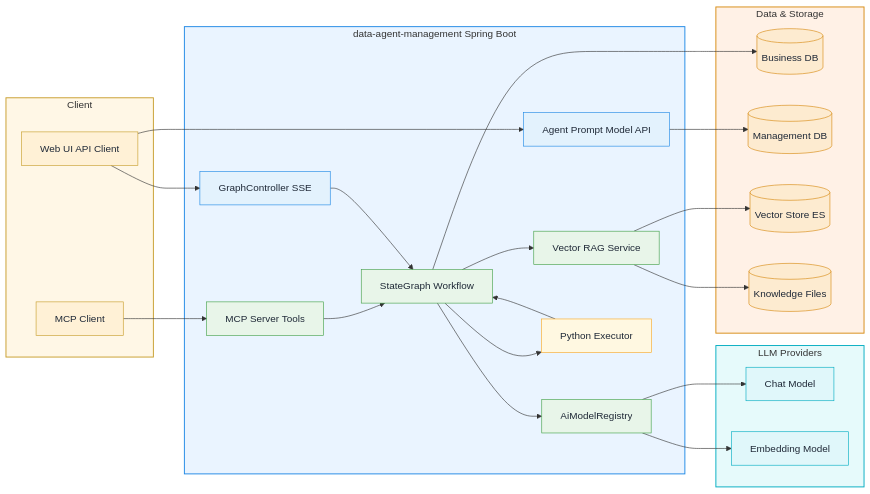
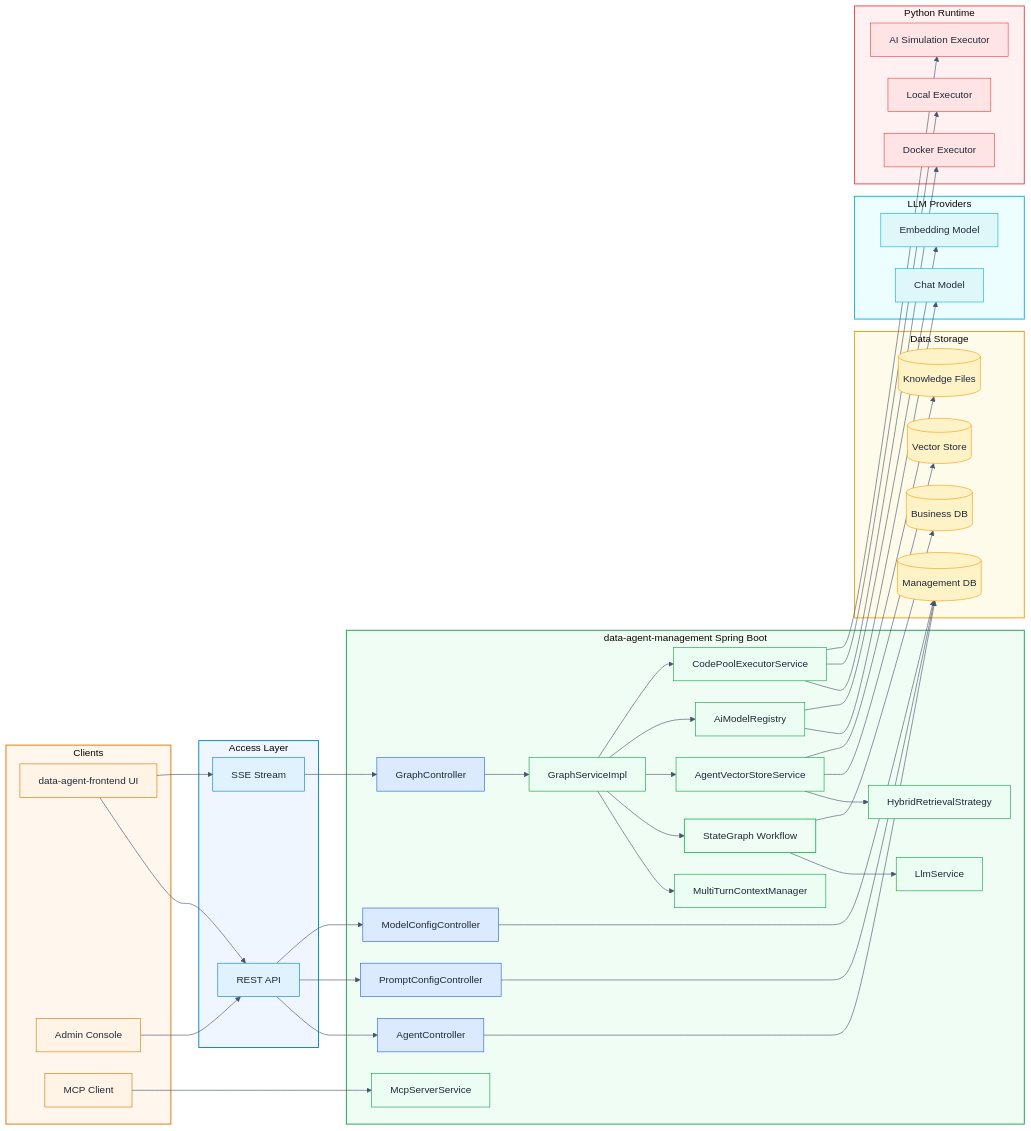
One commit to spring-ai-alibaba/DataAgent changed the first of 18 diagrams in README.md. Above: the diagram before and after it, drawn with Mermaid. The commit also changed other lines of this file, not shown here.

Commit message:
refactor: enhance README with updated architecture diagrams, improved class definitions, and refined workflow processes for clarity

````diff
--- a/README.md
+++ b/README.md
@@ -17,24 +17,37 @@
 ```mermaid
+%%{init: {"theme": "base", "flowchart": {"curve": "basis", "nodeSpacing": 35, "rankSpacing": 45}, "themeVariables": {"lineColor": "#475569", "primaryTextColor": "#1F2937"}}}%%
 flowchart LR
-  subgraph Client[Client]
-    Web[Web UI API Client]
+  subgraph Clients[Clients]
+    UserUI[data-agent-frontend UI]
+    AdminUI[Admin Console]
     MCPClient[MCP Client]
   end
 
-  subgraph Management[data-agent-management Spring Boot]
-    GraphAPI[GraphController SSE]
-    GraphEngine[StateGraph Workflow]
-    MgmtAPI[Agent Prompt Model API]
-    ModelRegistry[AiModelRegistry]
-    VectorSvc[Vector RAG Service]
-    CodeExec[Python Executor]
-    MCPServer[MCP Server Tools]
+  subgraph Access[Access Layer]
+    RestAPI[REST API]
+    SSE[SSE Stream]
   end
 
-  subgraph Data[Data & Storage]
+  subgraph Management[data-agent-management Spring Boot]
+    GraphCtl[GraphController]
+    AgentCtl[AgentController]
+    PromptCtl[PromptConfigController]
+    ModelCtl[ModelConfigController]
+    GraphSvc[GraphServiceImpl]
+    Context[MultiTurnContextManager]
+    Graph[StateGraph Workflow]
+    LlmSvc[LlmService]
+    ModelRegistry[AiModelRegistry]
+    VectorSvc[AgentVectorStoreService]
+    Hybrid[HybridRetrievalStrategy]
+    CodePool[CodePoolExecutorService]
+    McpSvc[McpServerService]
+  end
+
+  subgraph Data[Data Storage]
     BizDB[(Business DB)]
     MetaDB[(Management DB)]
-    VectorDB[(Vector Store ES)]
+    VectorDB[(Vector Store)]
     Files[(Knowledge Files)]
   end
 
@@ -43,40 +56,62 @@
     EmbeddingLLM[Embedding Model]
   end
 
-  Web --> GraphAPI
-  Web --> MgmtAPI
-  MCPClient --> MCPServer
-  MCPServer --> GraphEngine
+  subgraph Exec[Python Runtime]
+    Docker[Docker Executor]
+    Local[Local Executor]
+    AISim[AI Simulation Executor]
+  end
 
-  GraphAPI --> GraphEngine
-  GraphEngine --> BizDB
-  GraphEngine --> VectorSvc
+  UserUI --> RestAPI
+  UserUI --> SSE
+  AdminUI --> RestAPI
+  MCPClient --> McpSvc
+  RestAPI --> AgentCtl
+  RestAPI --> PromptCtl
+  RestAPI --> ModelCtl
+  SSE --> GraphCtl
+  GraphCtl --> GraphSvc
+  GraphSvc --> Context
+  GraphSvc --> Graph
+  Graph --> LlmSvc
+  GraphSvc --> VectorSvc
+  VectorSvc --> Hybrid
   VectorSvc --> VectorDB
   VectorSvc --> Files
-  GraphEngine --> CodeExec
-  CodeExec --> GraphEngine
-
-  MgmtAPI --> MetaDB
-  GraphEngine --> ModelRegistry
+  Graph --> BizDB
+  GraphSvc --> ModelRegistry
   ModelRegistry --> ChatLLM
   ModelRegistry --> EmbeddingLLM
+  GraphSvc --> CodePool
+  CodePool --> Docker
+  CodePool --> Local
+  CodePool --> AISim
+  AgentCtl --> MetaDB
+  PromptCtl --> MetaDB
+  ModelCtl --> MetaDB
 
-  classDef client fill:#FFF1D6,stroke:#C79D2B,stroke-width:1px,color:#1F2937;
-  classDef api fill:#E3F2FD,stroke:#1E88E5,stroke-width:1px,color:#1F2937;
-  classDef service fill:#E8F5E9,stroke:#43A047,stroke-width:1px,color:#1F2937;
-  classDef data fill:#FDEBD0,stroke:#D68910,stroke-width:1px,color:#1F2937;
-  classDef llm fill:#E0F7FA,stroke:#00ACC1,stroke-width:1px,color:#1F2937;
-  classDef exec fill:#FFF8E1,stroke:#F9A825,stroke-width:1px,color:#1F2937;
+  classDef client fill:#FFF4E6,stroke:#D97706,stroke-width:1px,color:#1F2937;
+  classDef access fill:#E0F2FE,stroke:#0284C7,stroke-width:1px,color:#1F2937;
+  classDef api fill:#DBEAFE,stroke:#2563EB,stroke-width:1px,color:#1F2937;
+  classDef service fill:#ECFDF3,stroke:#16A34A,stroke-width:1px,color:#1F2937;
+  classDef workflow fill:#F0FDF4,stroke:#22C55E,stroke-width:1.5px,color:#1F2937;
+  classDef data fill:#FEF3C7,stroke:#F59E0B,stroke-width:1px,color:#1F2937;
+  classDef llm fill:#E0F7FA,stroke:#06B6D4,stroke-width:1px,color:#1F2937;
+  classDef exec fill:#FFE4E6,stroke:#EF4444,stroke-width:1px,color:#1F2937;
 
-  class Web,MCPClient client
-  class GraphAPI,MgmtAPI api
-  class GraphEngine,ModelRegistry,VectorSvc,MCPServer service
-  class CodeExec exec
+  class UserUI,AdminUI,MCPClient client
+  class RestAPI,SSE access
+  class GraphCtl,AgentCtl,PromptCtl,ModelCtl api
+  class GraphSvc,Context,LlmSvc,ModelRegistry,VectorSvc,Hybrid,CodePool,McpSvc service
+  class Graph workflow
   class BizDB,MetaDB,VectorDB,Files data
   class ChatLLM,EmbeddingLLM llm
+  class Docker,Local,AISim exec
 
-  style Client fill:#FFF7E6,stroke:#C79D2B,stroke-width:1.5px
-  style Management fill:#EAF4FF,stroke:#1E88E5,stroke-width:1.5px
-  style Data fill:#FFF1E6,stroke:#D68910,stroke-width:1.5px
-  style LLMs fill:#E6FAFB,stroke:#00ACC1,stroke-width:1.5px
+  style Clients fill:#FFF7ED,stroke:#D97706,stroke-width:1.5px
+  style Access fill:#EFF6FF,stroke:#0284C7,stroke-width:1.5px
+  style Management fill:#F0FDF4,stroke:#16A34A,stroke-width:1.5px
+  style Data fill:#FFFBEB,stroke:#F59E0B,stroke-width:1.5px
+  style LLMs fill:#ECFEFF,stroke:#06B6D4,stroke-width:1.5px
+  style Exec fill:#FFF1F2,stroke:#EF4444,stroke-width:1.5px
 ```
````
